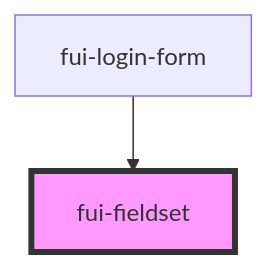
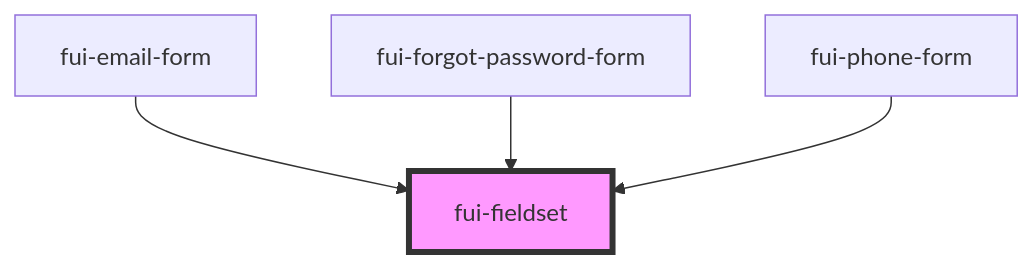
Before and after one commit to invertase/firebaseui-web: the diagram in packages/firebaseui-stencil/src/components/fui-fieldset/readme.md, drawn with Mermaid. The commit also changed other lines of this file and 33 other files, not shown here.

````diff
--- a/packages/firebaseui-stencil/src/components/fui-fieldset/readme.md
+++ b/packages/firebaseui-stencil/src/components/fui-fieldset/readme.md
@@ -27,5 +30,7 @@
 ```mermaid
 graph TD;
-  fui-login-form --> fui-fieldset
+  fui-email-form --> fui-fieldset
+  fui-forgot-password-form --> fui-fieldset
+  fui-phone-form --> fui-fieldset
   style fui-fieldset fill:#f9f,stroke:#333,stroke-width:4px
 ```
````
